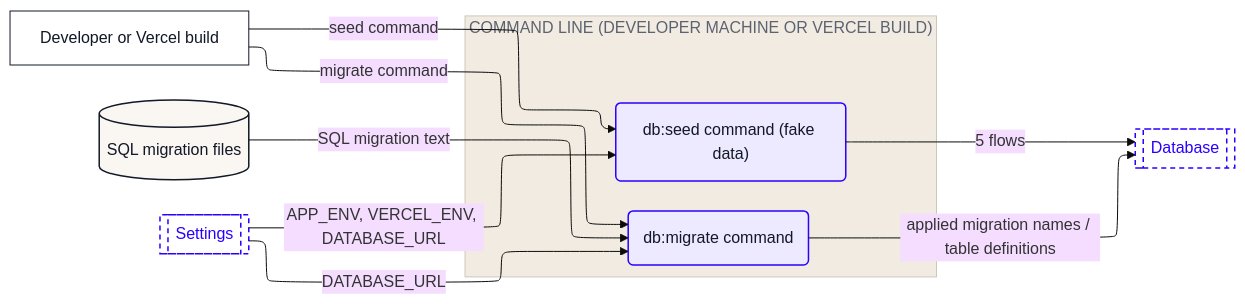
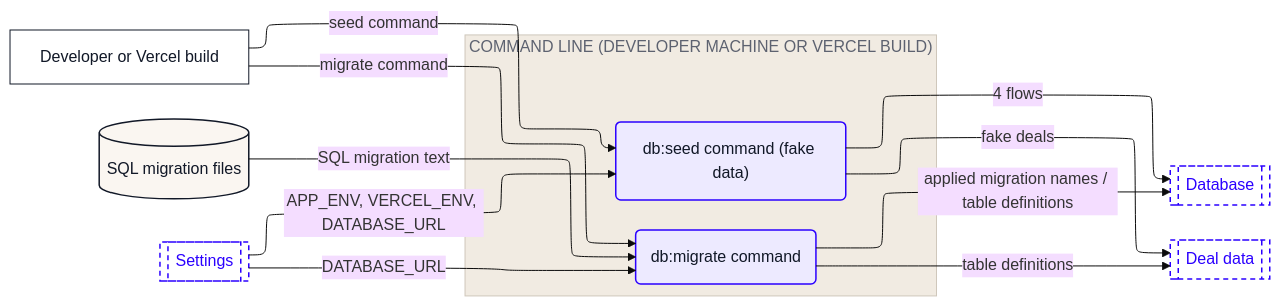
One commit to Romain-Perche/Barnacle-Pipe changed the fourth of 10 diagrams in dataflow/DATAFLOW.md. Above: the diagram before and after it, drawn with Mermaid (base theme). The commit also changed other lines of this file and 10 other files, not shown here.

````diff
--- a/dataflow/DATAFLOW.md
+++ b/dataflow/DATAFLOW.md
@@ -210,33 +203,36 @@
 ```mermaid
 ---
 config:
   layout: elk
 ---
 flowchart LR
     n1["Developer or Vercel build"]
     n2[("SQL migration files")]
     subgraph z1["COMMAND LINE (DEVELOPER MACHINE OR VERCEL BUILD)"]
         n3("db:migrate command")
         n4("db:seed command (fake data)")
     end
     n5[["Database"]]
-    n6[["Settings"]]
+    n6[["Deal data"]]
+    n7[["Settings"]]
     n1 -->|"migrate command"| n3
     n1 -->|"seed command"| n4
-    n6 -->|"DATABASE_URL"| n3
-    n6 -->|"APP_ENV, VERCEL_ENV, DATABASE_URL"| n4
+    n7 -->|"DATABASE_URL"| n3
+    n7 -->|"APP_ENV, VERCEL_ENV, DATABASE_URL"| n4
+    n3 -->|"table definitions"| n6
     n3 -->|"applied migration names / table definitions"| n5
     n2 -->|"SQL migration text"| n3
-    n4 -->|"5 flows"| n5
+    n4 -->|"fake deals"| n6
+    n4 -->|"4 flows"| n5
     classDef actor fill:#FFFFFF,stroke:#111827,stroke-width:1px,color:#111827
     classDef process fill:#EDEAFF,stroke:#2B00FF,stroke-width:1.5px,color:#111827
     classDef store fill:#FAF6F1,stroke:#111827,stroke-width:1.5px,color:#111827
     classDef zone fill:#1A1A1A,stroke:#1A1A1A,color:#FFFFFF
     classDef group fill:#2B00FF,stroke:#2B00FF,color:#FFFFFF
     classDef stub fill:#FFFFFF,stroke:#2B00FF,stroke-width:1.5px,stroke-dasharray:5 4,color:#2B00FF
     class n1 actor
     class n3,n4 process
     class n2 store
-    class n5,n6 stub
+    class n5,n6,n7 stub
     style z1 fill:#F1EBE2,stroke:#CFC7BB,color:#5D6270
 ```
````
